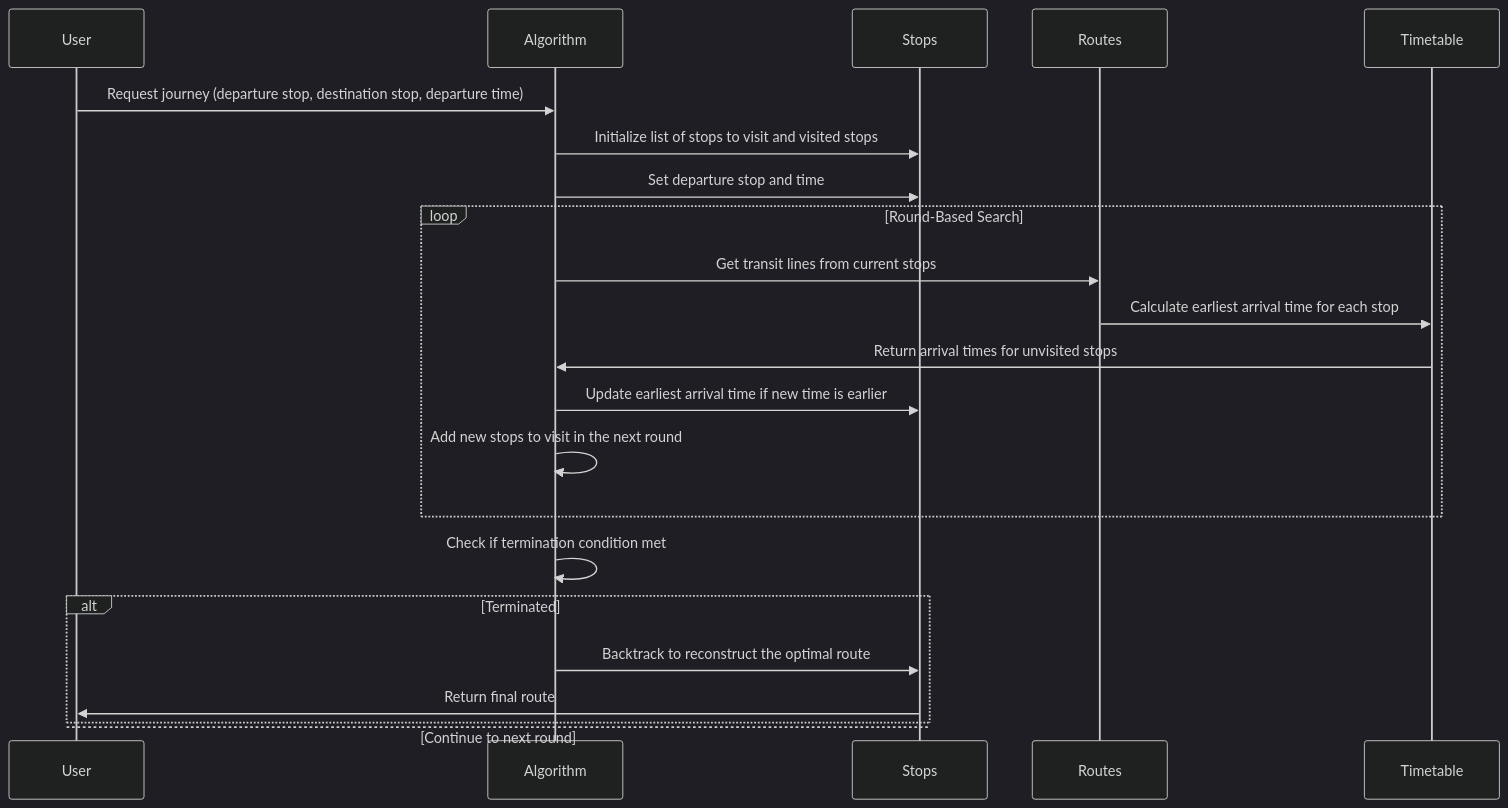
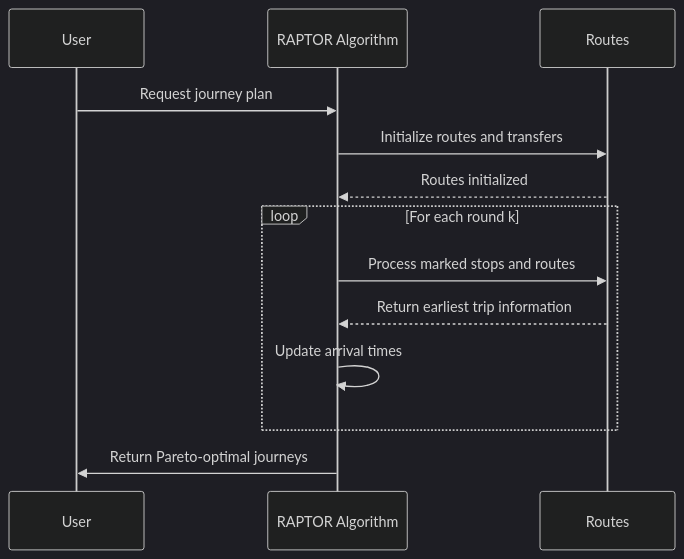
One commit to naviqore/documentation changed the first of 2 diagrams in Writerside/topics/analysis/domain/raptor.md. Above: the diagram before and after it, drawn with Mermaid (dark theme). The commit also changed other lines of this file, not shown here.

Commit message:
DOC: NAV-184 - update doc based on review comments

````diff
--- a/Writerside/topics/analysis/domain/raptor.md
+++ b/Writerside/topics/analysis/domain/raptor.md
@@ -33,28 +34,18 @@
 ```mermaid
 sequenceDiagram
     participant User
-    participant Algorithm
-    participant Stops
+    participant RAPTOR Algorithm
     participant Routes
-    participant Timetable
-    User ->> Algorithm: Request journey (departure stop, destination stop, departure time)
-    Algorithm ->> Stops: Initialize list of stops to visit and visited stops
-    Algorithm ->> Stops: Set departure stop and time
+    User ->> RAPTOR Algorithm: Request journey plan
+    RAPTOR Algorithm ->> Routes: Initialize routes and transfers
+    Routes -->> RAPTOR Algorithm: Routes initialized
 
-    loop Round-Based Search
-        Algorithm ->> Routes: Get transit lines from current stops
-        Routes ->> Timetable: Calculate earliest arrival time for each stop
-        Timetable ->> Algorithm: Return arrival times for unvisited stops
-        Algorithm ->> Stops: Update earliest arrival time if new time is earlier
-        Algorithm ->> Algorithm: Add new stops to visit in the next round
+    loop For each round k
+        RAPTOR Algorithm ->> Routes: Process marked stops and routes
+        Routes -->> RAPTOR Algorithm: Return earliest trip information
+        RAPTOR Algorithm ->> RAPTOR Algorithm: Update arrival times
     end
 
-    Algorithm ->> Algorithm: Check if termination condition met
-
-    alt Terminated
-        Algorithm ->> Stops: Backtrack to reconstruct the optimal route
-        Stops ->> User: Return final route
-    else Continue to next round
-    end
+    RAPTOR Algorithm ->> User: Return Pareto-optimal journeys
 
 ```
````
